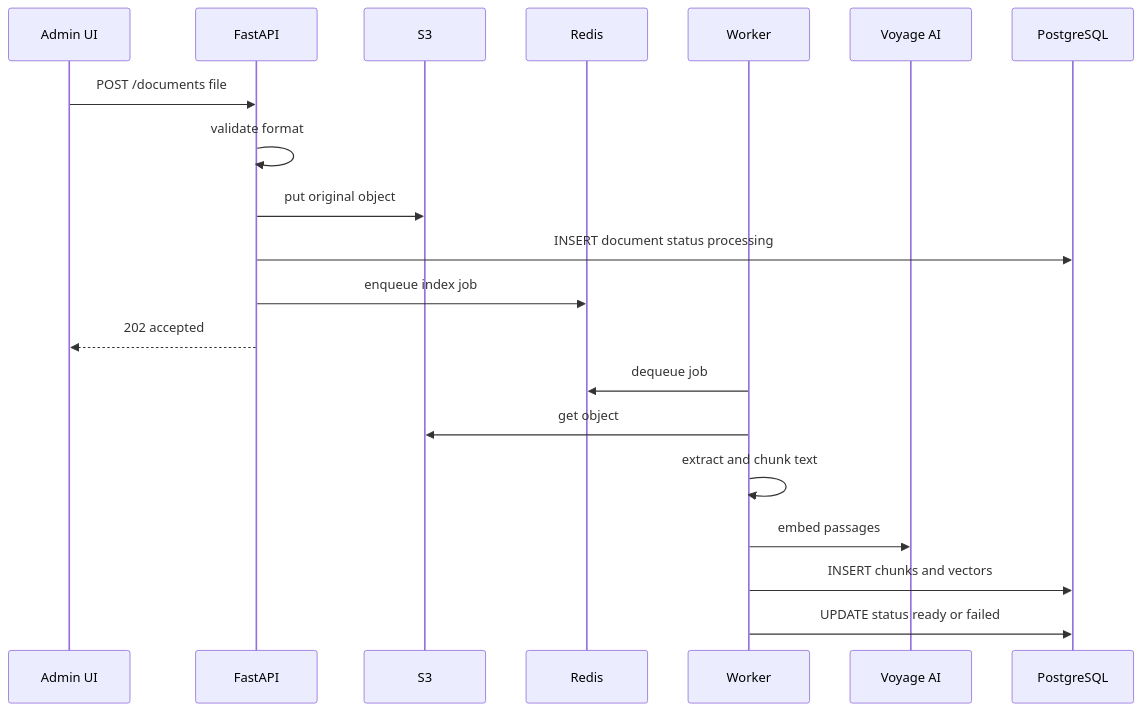
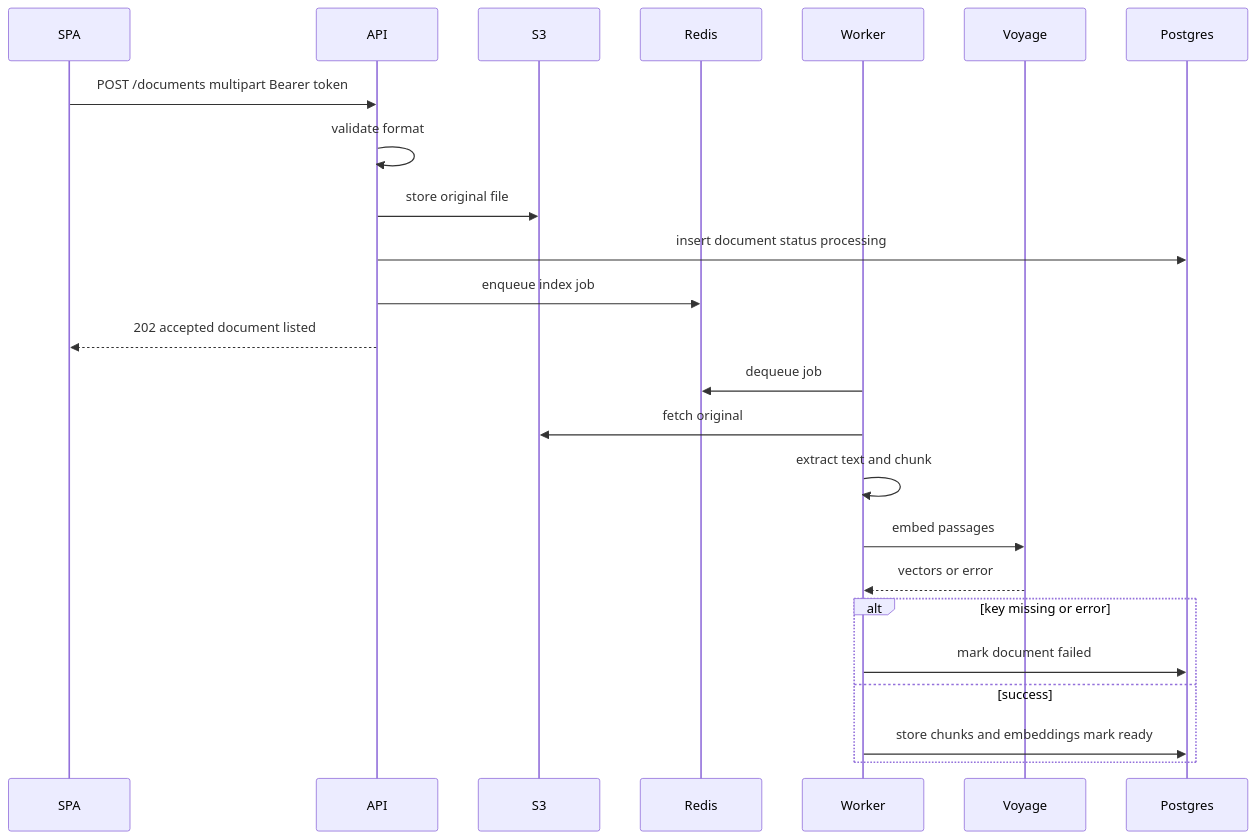
The third of 5 diagrams in docs/sdlc/architecture/README.md (saitejaquorq/blogger), drawn with Mermaid before and after one commit. The commit also changed other lines of this file and 15 other files, not shown here.

````diff
--- a/docs/sdlc/architecture/README.md
+++ b/docs/sdlc/architecture/README.md
@@ -239,22 +334,26 @@
 ```mermaid
 sequenceDiagram
-  participant Ad as Admin UI
-  participant A as FastAPI
+  participant U as SPA
+  participant A as API
   participant S as S3
   participant Q as Redis
   participant W as Worker
-  participant V as Voyage AI
-  participant D as PostgreSQL
-  Ad->>A: POST /documents file
+  participant V as Voyage
+  participant P as Postgres
+  U->>A: POST /documents multipart Bearer token
   A->>A: validate format
-  A->>S: put original object
-  A->>D: INSERT document status processing
+  A->>S: store original file
+  A->>P: insert document status processing
   A->>Q: enqueue index job
-  A-->>Ad: 202 accepted
+  A-->>U: 202 accepted document listed
   W->>Q: dequeue job
-  W->>S: get object
-  W->>W: extract and chunk text
+  W->>S: fetch original
+  W->>W: extract text and chunk
   W->>V: embed passages
-  W->>D: INSERT chunks and vectors
-  W->>D: UPDATE status ready or failed
+  V-->>W: vectors or error
+  alt key missing or error
+    W->>P: mark document failed
+  else success
+    W->>P: store chunks and embeddings mark ready
+  end
 ```
````
